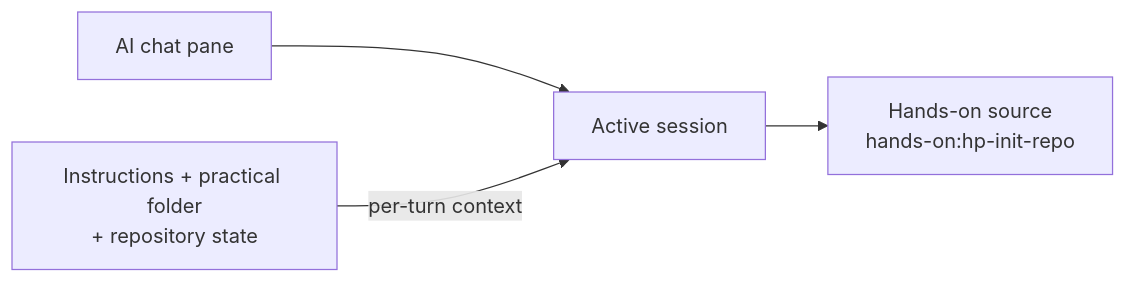
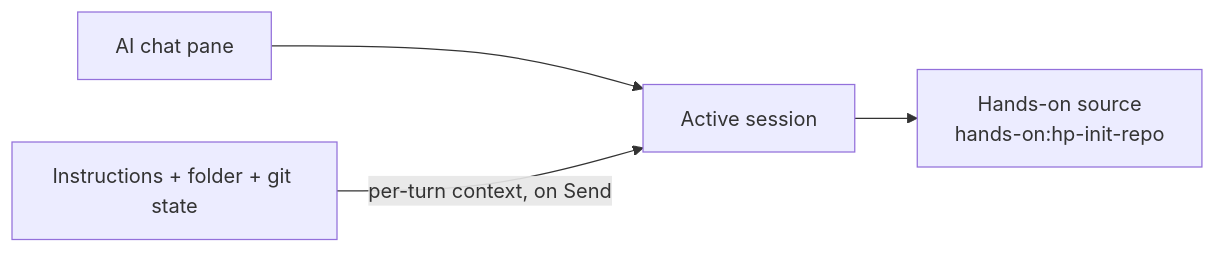
One commit to git-mastery/git-mastery-desktop changed the third of 3 diagrams in docs/architecture/ai-chat-sources.md. Above: the diagram before and after it, drawn with Mermaid. The commit also changed other lines of this file and 10 other files, not shown here.

````diff
--- a/docs/architecture/ai-chat-sources.md
+++ b/docs/architecture/ai-chat-sources.md
@@ -35,6 +35,6 @@
 ```mermaid
 flowchart LR
     P["AI chat pane"] --> S["Active session"]
     S --> H["Hands-on source<br/>hands-on:hp-init-repo"]
-    HC["Instructions + practical folder<br/>+ repository state"] -->|per-turn context| S
+    HC["Instructions + folder + git state"] -->|per-turn context, on Send| S
 ```
````
